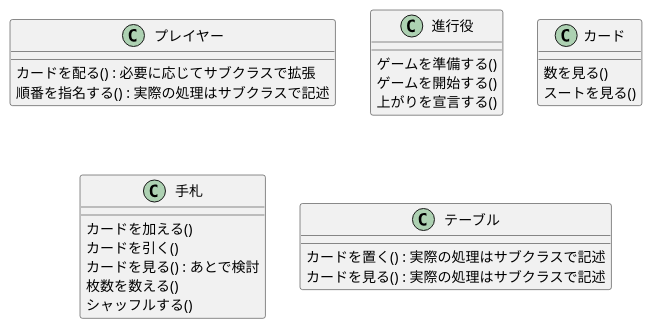
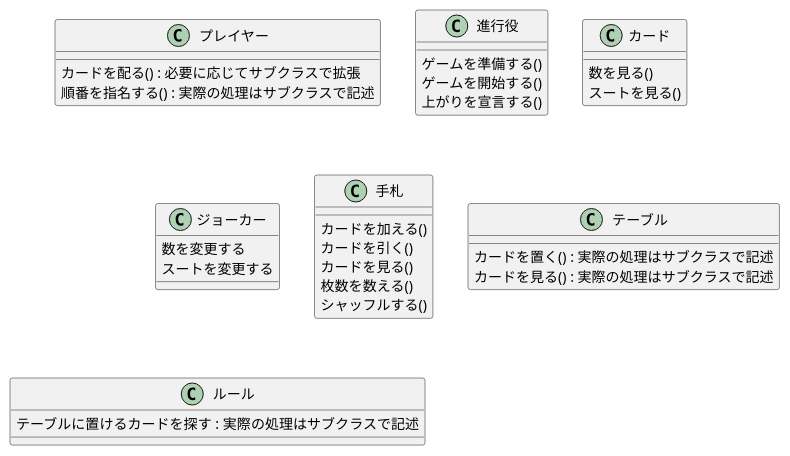
The diagram in Lesson8/classes.puml (yinm/oop-in-java), drawn with PlantUML before and after one commit. The commit also changed 2 other files, not shown here.

```diff
--- a/Lesson8/classes.puml
+++ b/Lesson8/classes.puml
@@ -1,32 +1,41 @@
 @startuml
 
 class プレイヤー {
   カードを配る() : 必要に応じてサブクラスで拡張
   順番を指名する() : 実際の処理はサブクラスで記述
 }
 
 class 進行役 {
   ゲームを準備する()
   ゲームを開始する()
   上がりを宣言する()
 }
 
 class カード {
   数を見る()
   スートを見る()
 }
 
+class ジョーカー {
+  数を変更する
+  スートを変更する
+}
+
 class 手札 {
   カードを加える()
   カードを引く()
-  カードを見る() : あとで検討
+  カードを見る()
   枚数を数える()
   シャッフルする()
 }
 
 class テーブル {
   カードを置く() : 実際の処理はサブクラスで記述
   カードを見る() : 実際の処理はサブクラスで記述
 }
 
+class ルール {
+  テーブルに置けるカードを探す : 実際の処理はサブクラスで記述
+}
+
 @enduml
```
